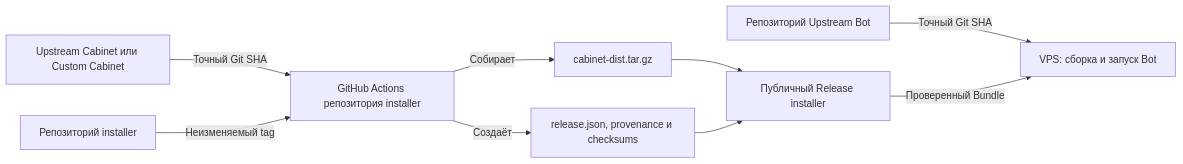
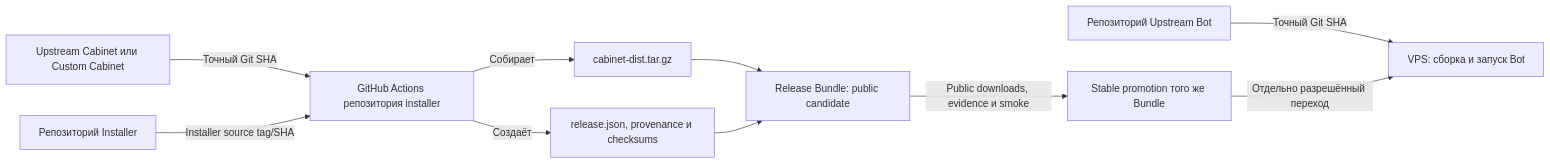
One commit to alexforworkgpt-source/installer changed the diagram in docs/release-and-update-flow.md. Above: the diagram before and after it, drawn with Mermaid. The commit also changed other lines of this file and 40 other files, not shown here.

Commit message:
feat(release): separate project releases and bundle promotion

````diff
--- a/docs/release-and-update-flow.md
+++ b/docs/release-and-update-flow.md
@@ -50,11 +56,12 @@
 ```mermaid
 flowchart LR
     B["Репозиторий Upstream Bot"] -->|"Точный Git SHA"| V["VPS: сборка и запуск Bot"]
     C["Upstream Cabinet или Custom Cabinet"] -->|"Точный Git SHA"| A["GitHub Actions репозитория installer"]
-    I["Репозиторий installer"] -->|"Неизменяемый tag"| A
+    I["Репозиторий Installer"] -->|"Installer source tag/SHA"| A
     A -->|"Собирает"| D["cabinet-dist.tar.gz"]
     A -->|"Создаёт"| M["release.json, provenance и checksums"]
-    D --> R["Публичный Release installer"]
+    D --> R["Release Bundle: public candidate"]
     M --> R
-    R -->|"Проверенный Bundle"| V
+    R -->|"Public downloads, evidence и smoke"| P["Stable promotion того же Bundle"]
+    P -->|"Отдельно разрешённый переход"| V
 ```
````
